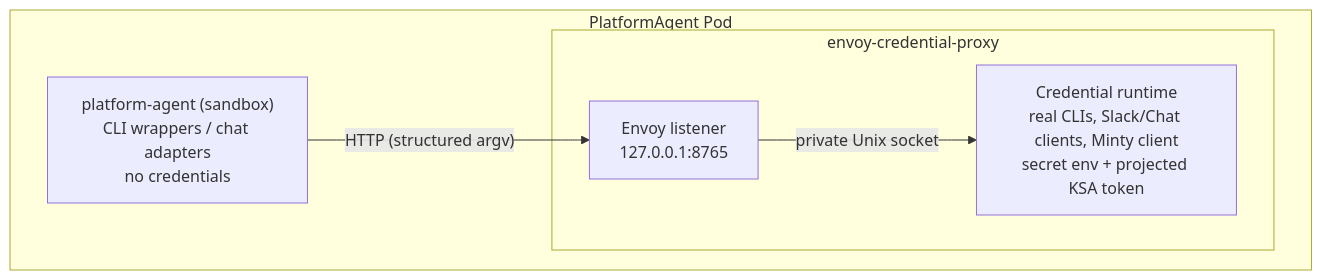
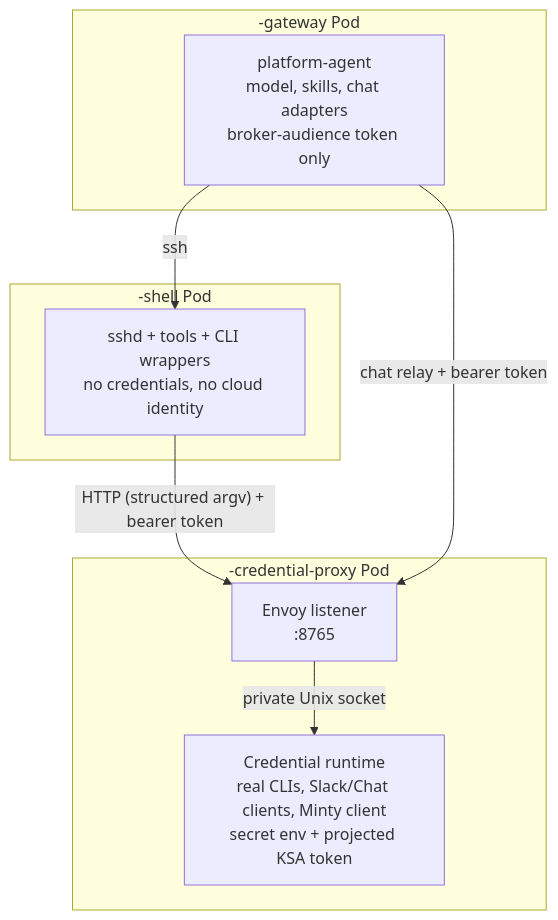
One commit to bradhoekstra/kube-agents changed the diagram in docs/site/src/content/docs/reference/credential-isolation.md. Above: the diagram before and after it, drawn with Mermaid. The commit also changed other lines of this file and 29 other files, not shown here.

````diff
--- a/docs/site/src/content/docs/reference/credential-isolation.md
+++ b/docs/site/src/content/docs/reference/credential-isolation.md
@@ -27,12 +30,17 @@
 ```mermaid
 flowchart TB
-    subgraph Pod["PlatformAgent Pod"]
-        SANDBOX["platform-agent (sandbox)<br/>CLI wrappers / chat adapters<br/>no credentials"]
-        subgraph SIDECAR["envoy-credential-proxy"]
-            ENVOY["Envoy listener<br/>127.0.0.1:8765"]
-            RUNTIME["Credential runtime<br/>real CLIs, Slack/Chat clients, Minty client<br/>secret env + projected KSA token"]
-        end
-        SANDBOX -->|"HTTP (structured argv)"| ENVOY
-        ENVOY -->|private Unix socket| RUNTIME
+    subgraph GW["<name>-gateway Pod"]
+        AGENT["platform-agent<br/>model, skills, chat adapters<br/>broker-audience token only"]
     end
+    subgraph SH["<name>-shell Pod"]
+        SHELL["sshd + tools + CLI wrappers<br/>no credentials, no cloud identity"]
+    end
+    subgraph BR["<name>-credential-proxy Pod"]
+        ENVOY["Envoy listener<br/>:8765"]
+        RUNTIME["Credential runtime<br/>real CLIs, Slack/Chat clients, Minty client<br/>secret env + projected KSA token"]
+    end
+    AGENT -->|ssh| SHELL
+    SHELL -->|"HTTP (structured argv) + bearer token"| ENVOY
+    AGENT -->|"chat relay + bearer token"| ENVOY
+    ENVOY -->|private Unix socket| RUNTIME
 ```
````
